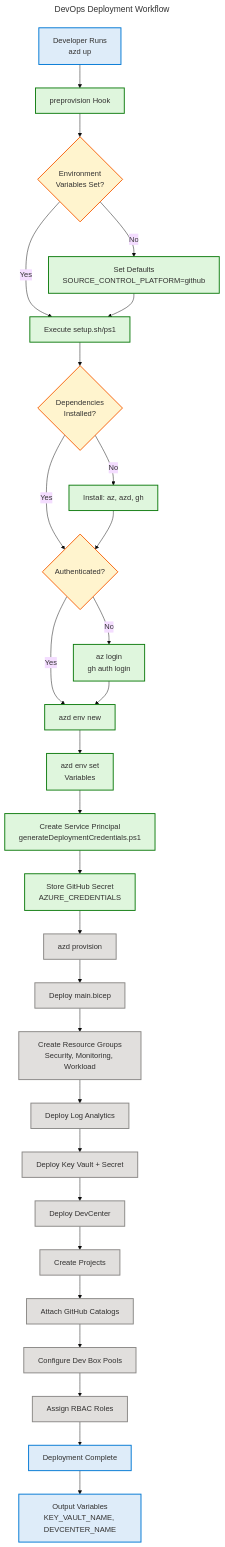
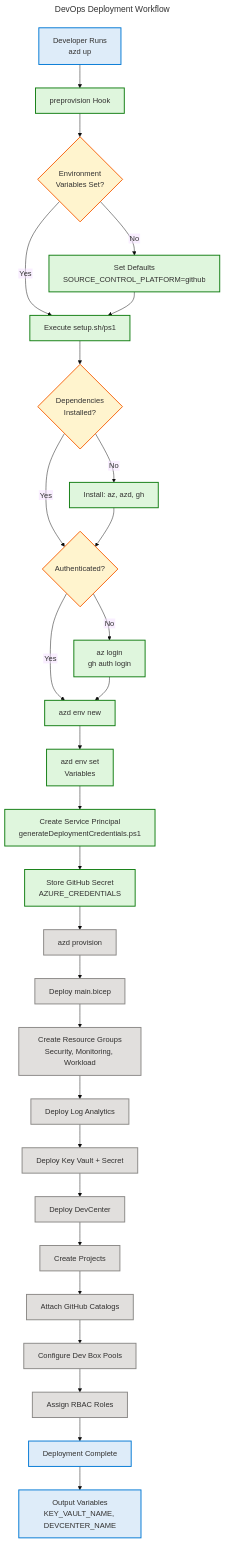
Before and after one commit to Evilazaro/DevExp-DevBox: the third of 4 diagrams in docs/architecture/DevOps-Architecture.md, drawn with Mermaid. The commit also changed other lines of this file and 2 other files, not shown here.

Commit message:
Update flowchart curve style from 'cardinal' to 'basis' in architecture documentation

````diff
--- a/docs/architecture/DevOps-Architecture.md
+++ b/docs/architecture/DevOps-Architecture.md
@@ -1163,61 +1314,79 @@
 ```mermaid
 ---
 title: DevOps Deployment Workflow
 config:
   theme: base
   themeVariables:
     fontSize: '16px'
+  flowchart:
+    htmlLabels: false
 ---
 flowchart TB
     accTitle: Complete DevOps Deployment Flow
-    accDescr: End-to-end deployment process from developer action to provisioned infrastructure
+    accDescr: End-to-end deployment process from developer action to provisioned infrastructure with decision gates and deployment stages. WCAG AA compliant.
 
     Dev[Developer Runs<br/>azd up] --> PreHook[preprovision Hook]
-    
+
     PreHook --> ValidateEnv{Environment<br/>Variables Set?}
     ValidateEnv -->|No| SetDefaults[Set Defaults<br/>SOURCE_CONTROL_PLATFORM=github]
     ValidateEnv -->|Yes| RunSetup[Execute setup.sh/ps1]
     SetDefaults --> RunSetup
 
     RunSetup --> CheckDeps{Dependencies<br/>Installed?}
     CheckDeps -->|No| InstallDeps[Install: az, azd, gh]
     CheckDeps -->|Yes| AuthCheck{Authenticated?}
     InstallDeps --> AuthCheck
 
     AuthCheck -->|No| Login[az login<br/>gh auth login]
     AuthCheck -->|Yes| CreateEnv[azd env new]
     Login --> CreateEnv
 
     CreateEnv --> SetVars[azd env set<br/>Variables]
     SetVars --> CreateSP[Create Service Principal<br/>generateDeploymentCredentials.ps1]
     CreateSP --> StoreSecret[Store GitHub Secret<br/>AZURE_CREDENTIALS]
 
     StoreSecret --> Provision[azd provision]
 
     Provision --> MainBicep[Deploy main.bicep]
 
     MainBicep --> CreateRGs[Create Resource Groups<br/>Security, Monitoring, Workload]
 
     CreateRGs --> DeployMonitoring[Deploy Log Analytics]
     DeployMonitoring --> DeploySecurity[Deploy Key Vault + Secret]
     DeploySecurity --> DeployWorkload[Deploy DevCenter]
 
     DeployWorkload --> CreateProjects[Create Projects]
     CreateProjects --> AttachCatalogs[Attach GitHub Catalogs]
     AttachCatalogs --> ConfigurePools[Configure Dev Box Pools]
 
     ConfigurePools --> AssignRoles[Assign RBAC Roles]
     AssignRoles --> Complete[Deployment Complete]
 
     Complete --> OutputVars[Output Variables<br/>KEY_VAULT_NAME, DEVCENTER_NAME]
 
     classDef startNode fill:#DEECF9,stroke:#0078D4,stroke-width:2px,color:#323130
     classDef decisionNode fill:#FFF4CE,stroke:#F7630C,stroke-width:2px,color:#323130
     classDef processNode fill:#DFF6DD,stroke:#107C10,stroke-width:2px,color:#323130
     classDef deployNode fill:#E1DFDD,stroke:#8A8886,stroke-width:2px,color:#323130
 
     class Dev,Complete,OutputVars startNode
     class ValidateEnv,CheckDeps,AuthCheck decisionNode
     class PreHook,SetDefaults,RunSetup,InstallDeps,Login,CreateEnv,SetVars,CreateSP,StoreSecret processNode
     class Provision,MainBicep,CreateRGs,DeployMonitoring,DeploySecurity,DeployWorkload,CreateProjects,AttachCatalogs,ConfigurePools,AssignRoles deployNode
+
+    %% Required classDef palette (ALL 14 - MANDATORY per MRM-D002)
+    classDef level1Group fill:#FFFFFF,stroke:#605E5C,stroke-width:3px,color:#323130
+    classDef level2Group fill:#F3F2F1,stroke:#605E5C,stroke-width:2px,color:#323130
+    classDef level3Group fill:#E1DFDD,stroke:#605E5C,stroke-width:2px,color:#323130
+    classDef level4Group fill:#D2D0CE,stroke:#605E5C,stroke-width:1px,color:#323130
+    classDef mainGroup fill:#FFFFFF,stroke:#605E5C,stroke-width:3px,color:#323130
+    classDef subGroup fill:#F3F2F1,stroke:#605E5C,stroke-width:2px,color:#323130
+    classDef azureBlue fill:#DEECF9,stroke:#004578,stroke-width:2px,color:#323130
+    classDef successGreen fill:#DFF6DD,stroke:#0B6A0B,stroke-width:2px,color:#323130
+    classDef errorRed fill:#FDE7E9,stroke:#A4262C,stroke-width:2px,color:#323130
+    classDef sharedYellow fill:#FFF4CE,stroke:#986F0B,stroke-width:2px,color:#323130
+    classDef warningOrange fill:#FDE7E9,stroke:#8A3707,stroke-width:2px,color:#323130
+    classDef neutralPurple fill:#E1DFDD,stroke:#5B5FC7,stroke-width:2px,color:#323130
+    classDef presenceTeal fill:#C8F0E7,stroke:#00666B,stroke-width:2px,color:#323130
+    classDef neutralGrey fill:#F3F2F1,stroke:#605E5C,stroke-width:2px,color:#323130
 ```
````
